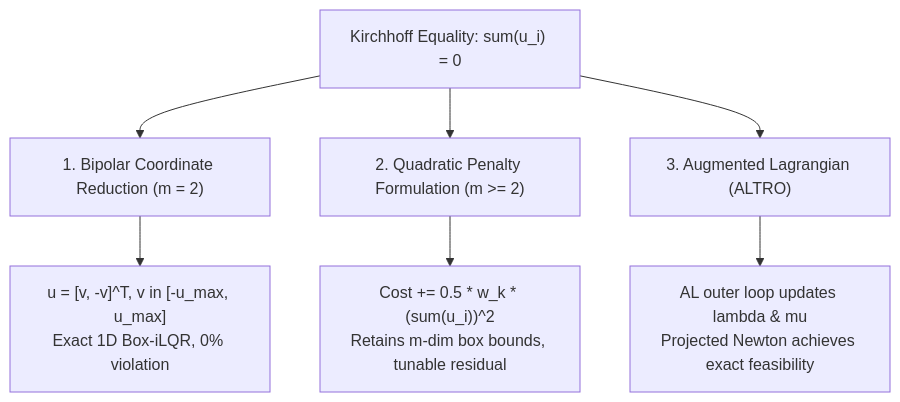
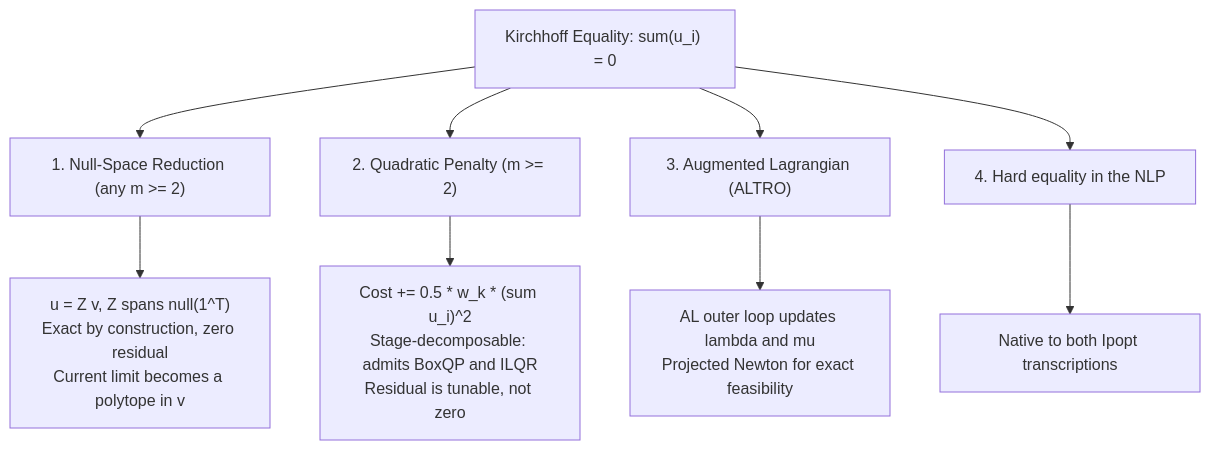
The second of 2 diagrams in docs/optimal_control_solver_benchmarks.md (maxi-fr/neuro), drawn with Mermaid before and after one commit. The commit also changed other lines of this file and 16 other files, not shown here.

````diff
--- a/docs/optimal_control_solver_benchmarks.md
+++ b/docs/optimal_control_solver_benchmarks.md
@@ -70,10 +128,12 @@
 ```mermaid
 graph TD
-    K["Kirchhoff Equality: sum(u_i) = 0"] --> M1["1. Bipolar Coordinate Reduction (m = 2)"]
-    K --> M2["2. Quadratic Penalty Formulation (m >= 2)"]
+    K["Kirchhoff Equality: sum(u_i) = 0"] --> M1["1. Null-Space Reduction (any m >= 2)"]
+    K --> M2["2. Quadratic Penalty (m >= 2)"]
     K --> M3["3. Augmented Lagrangian (ALTRO)"]
+    K --> M4["4. Hard equality in the NLP"]
 
-    M1 --> R1["u = [v, -v]^T, v in [-u_max, u_max]<br>Exact 1D Box-iLQR, 0% violation"]
-    M2 --> R2["Cost += 0.5 * w_k * (sum(u_i))^2<br>Retains m-dim box bounds, tunable residual"]
-    M3 --> R3["AL outer loop updates lambda & mu<br>Projected Newton achieves exact feasibility"]
+    M1 --> R1["u = Z v, Z spans null(1^T)<br>Exact by construction, zero residual<br>Current limit becomes a polytope in v"]
+    M2 --> R2["Cost += 0.5 * w_k * (sum u_i)^2<br>Stage-decomposable: admits BoxQP and ILQR<br>Residual is tunable, not zero"]
+    M3 --> R3["AL outer loop updates lambda and mu<br>Projected Newton for exact feasibility"]
+    M4 --> R4["Native to both Ipopt transcriptions"]
 ```
````
